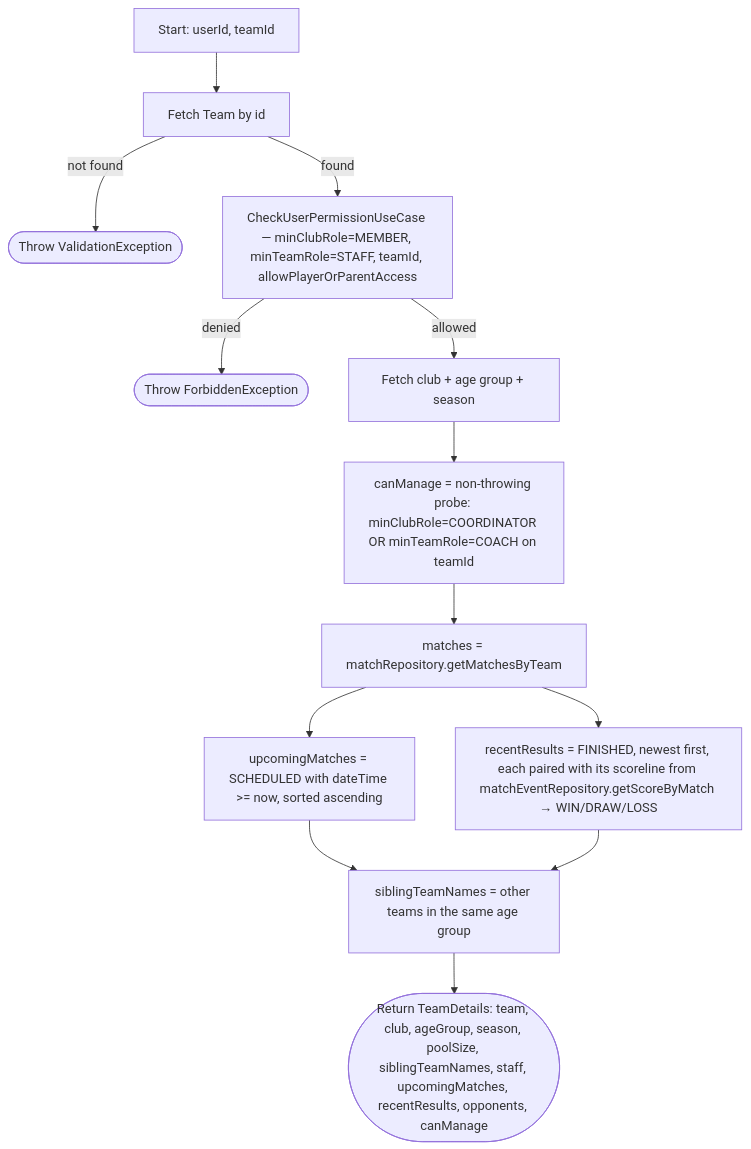
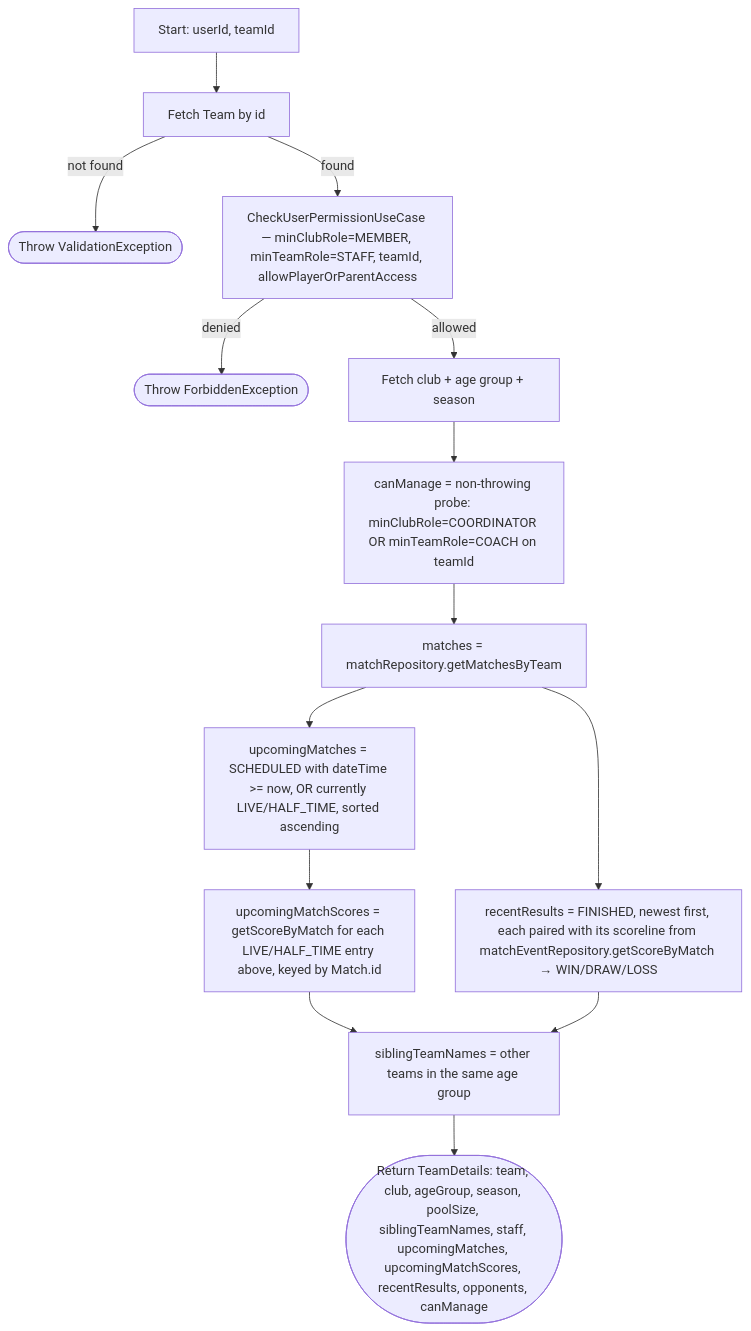
One commit to ricardofrango/squadify changed diagram 23 of 44 in PROCESS_FLOWS.md. Above: the diagram before and after it, drawn with Mermaid. The commit also changed other lines of this file and 10 other files, not shown here.

````diff
--- a/PROCESS_FLOWS.md
+++ b/PROCESS_FLOWS.md
@@ -441,15 +442,16 @@
 ```mermaid
 graph TD
     A[Start: userId, teamId] --> B[Fetch Team by id]
     B -- not found --> N(["Throw ValidationException"])
     B -- found --> C[CheckUserPermissionUseCase — minClubRole=MEMBER, minTeamRole=STAFF, teamId, allowPlayerOrParentAccess]
     C -- denied --> F(["Throw ForbiddenException"])
     C -- allowed --> D[Fetch club + age group + season]
     D --> G["canManage = non-throwing probe: minClubRole=COORDINATOR OR minTeamRole=COACH on teamId"]
     G --> H[matches = matchRepository.getMatchesByTeam]
-    H --> I["upcomingMatches = SCHEDULED with dateTime >= now, sorted ascending"]
+    H --> I["upcomingMatches = SCHEDULED with dateTime >= now, OR currently LIVE/HALF_TIME, sorted ascending"]
+    I --> I2["upcomingMatchScores = getScoreByMatch for each LIVE/HALF_TIME entry above, keyed by Match.id"]
     H --> J["recentResults = FINISHED, newest first, each paired with its scoreline from matchEventRepository.getScoreByMatch → WIN/DRAW/LOSS"]
-    I --> K[siblingTeamNames = other teams in the same age group]
+    I2 --> K[siblingTeamNames = other teams in the same age group]
     J --> K
-    K --> Z(["Return TeamDetails: team, club, ageGroup, season, poolSize, siblingTeamNames, staff, upcomingMatches, recentResults, opponents, canManage"])
+    K --> Z(["Return TeamDetails: team, club, ageGroup, season, poolSize, siblingTeamNames, staff, upcomingMatches, upcomingMatchScores, recentResults, opponents, canManage"])
 ```
````
